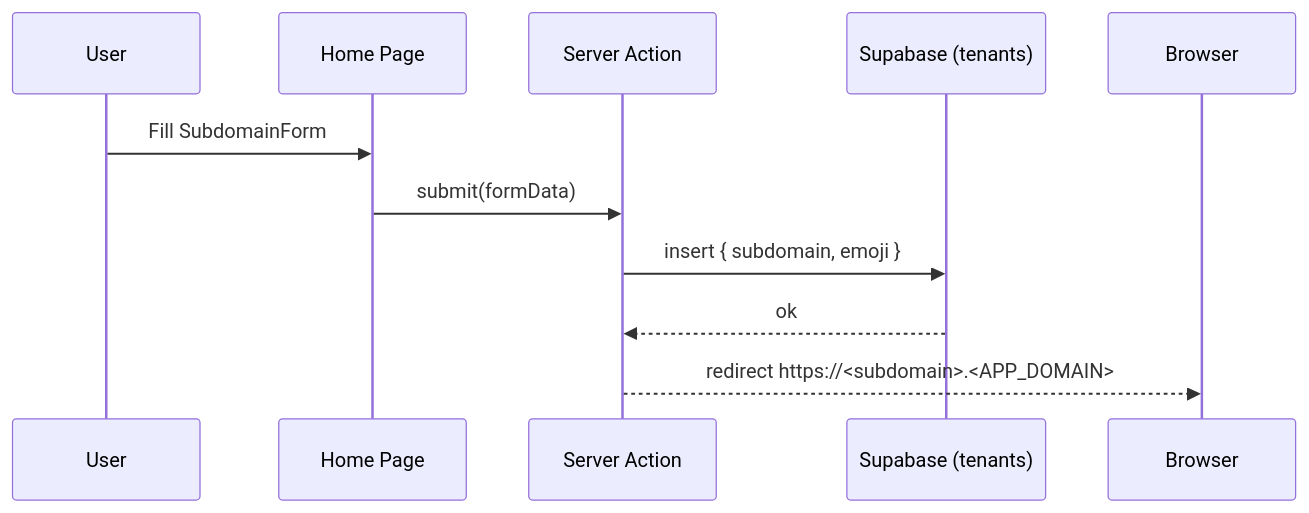
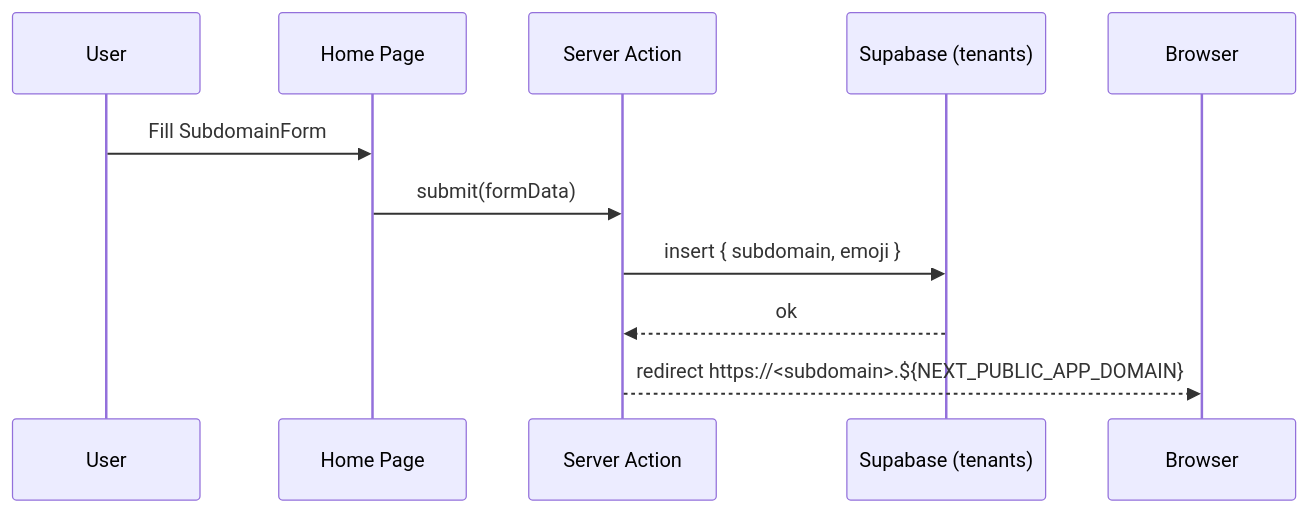
Before and after one commit to steve-piece/subdomain-isolated-turborepo: the seventh of 10 diagrams in README.md, drawn with Mermaid. The commit also changed other lines of this file, not shown here.

````diff
--- a/README.md
+++ b/README.md
@@ -175,13 +278,13 @@
 ```mermaid
 sequenceDiagram
   participant User
   participant Page as Home Page
   participant Action as Server Action
   participant DB as Supabase (tenants)
   participant Browser as Browser
   User->>Page: Fill SubdomainForm
   Page->>Action: submit(formData)
   Action->>DB: insert { subdomain, emoji }
   DB-->>Action: ok
-  Action-->>Browser: redirect https://<subdomain>.<APP_DOMAIN>
+  Action-->>Browser: redirect https://<subdomain>.${NEXT_PUBLIC_APP_DOMAIN}
 ```
````
